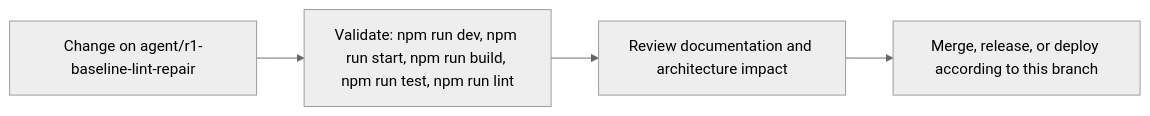
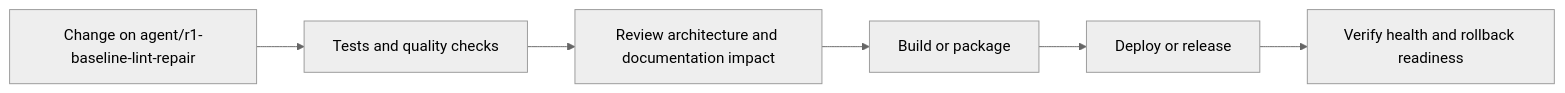
Before and after one commit to Nischhalsubba/BindForge-NW: the fourth of 5 diagrams in README.md, drawn with Mermaid (neutral theme). The commit also changed other lines of this file, not shown here.

````diff
--- a/README.md
+++ b/README.md
@@ -79,8 +158,8 @@
 ```mermaid
 flowchart LR
-    CHANGE["Change on agent/r1-baseline-lint-repair"]
-    CHECK["Validate: npm run dev, npm run start, npm run build, npm run test, npm run lint"]
-    REVIEW["Review documentation and architecture impact"]
-    RELEASE["Merge, release, or deploy according to this branch"]
-    CHANGE --> CHECK --> REVIEW --> RELEASE
+    CHANGE["Change on agent/r1-baseline-lint-repair"] --> CHECK["Tests and quality checks"]
+    CHECK --> REVIEW["Review architecture and documentation impact"]
+    REVIEW --> BUILD["Build or package"]
+    BUILD --> DEPLOY["Deploy or release"]
+    DEPLOY --> VERIFY["Verify health and rollback readiness"]
 ```
````
